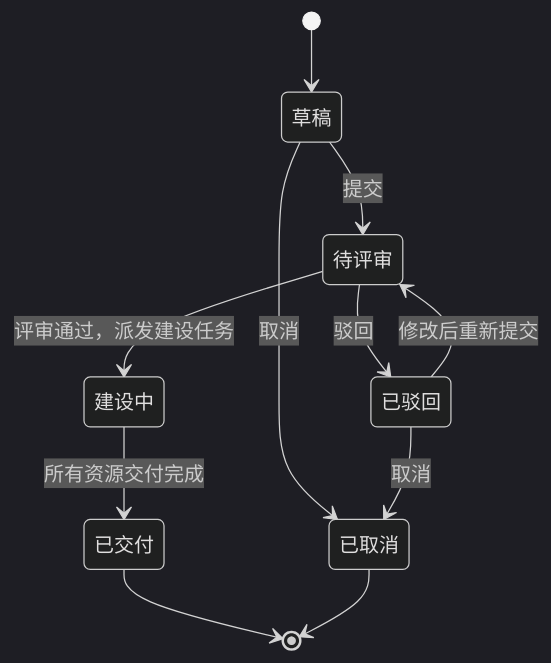
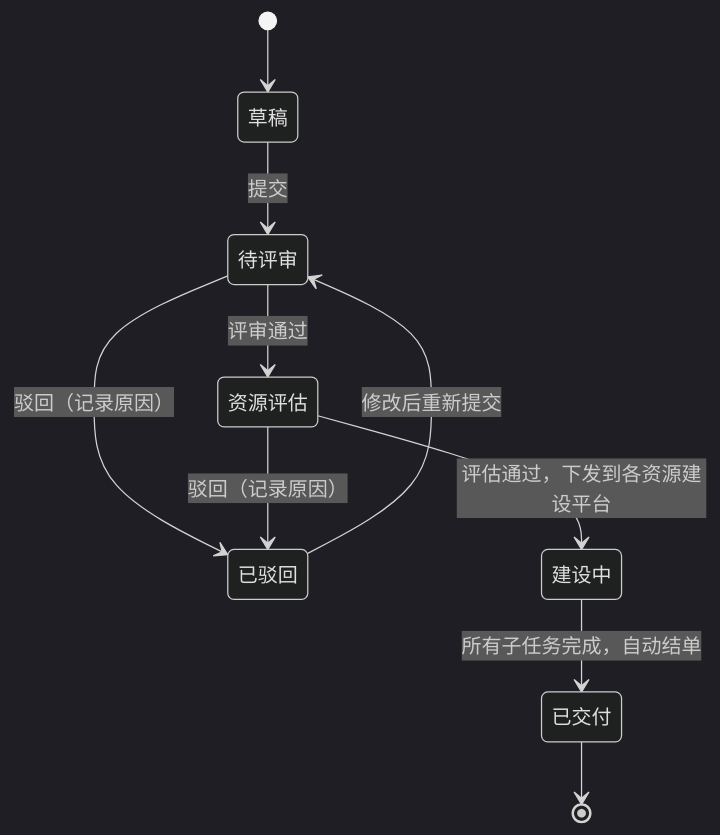
The first of 2 diagrams in src/content/posts/work/资源建设审批流状态机设计.md (tracerZzz/tracerZzz.github.io), drawn with Mermaid (dark theme) before and after one commit. The commit also changed other lines of this file, not shown here.

````diff
--- a/src/content/posts/work/资源建设审批流状态机设计.md
+++ b/src/content/posts/work/资源建设审批流状态机设计.md
@@ -33,13 +31,12 @@
 ```mermaid
 stateDiagram-v2
     [*] --> 草稿
     草稿 --> 待评审: 提交
-    待评审 --> 已驳回: 驳回
+    待评审 --> 已驳回: 驳回（记录原因）
+    待评审 --> 资源评估: 评审通过
+    资源评估 --> 已驳回: 驳回（记录原因）
+    资源评估 --> 建设中: 评估通过，下发到各资源建设平台
     已驳回 --> 待评审: 修改后重新提交
-    待评审 --> 建设中: 评审通过，派发建设任务
-    建设中 --> 已交付: 所有资源交付完成
-    草稿 --> 已取消: 取消
-    已驳回 --> 已取消: 取消
+    建设中 --> 已交付: 所有子任务完成，自动结单
     已交付 --> [*]
-    已取消 --> [*]
 ```
````
